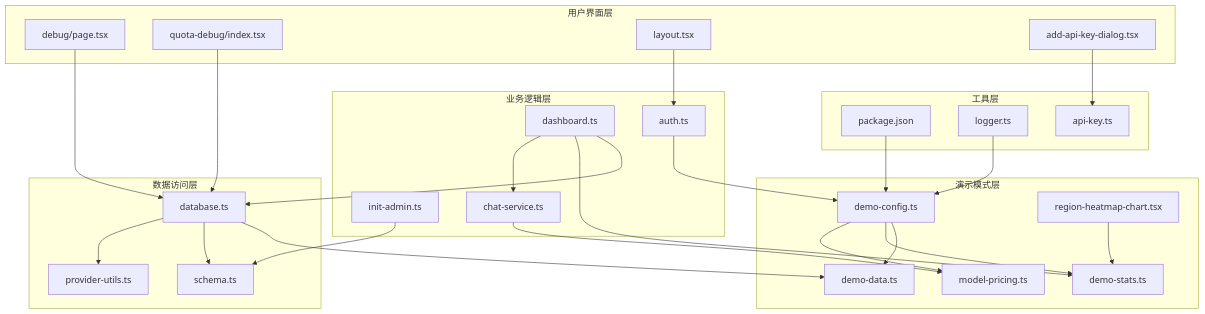
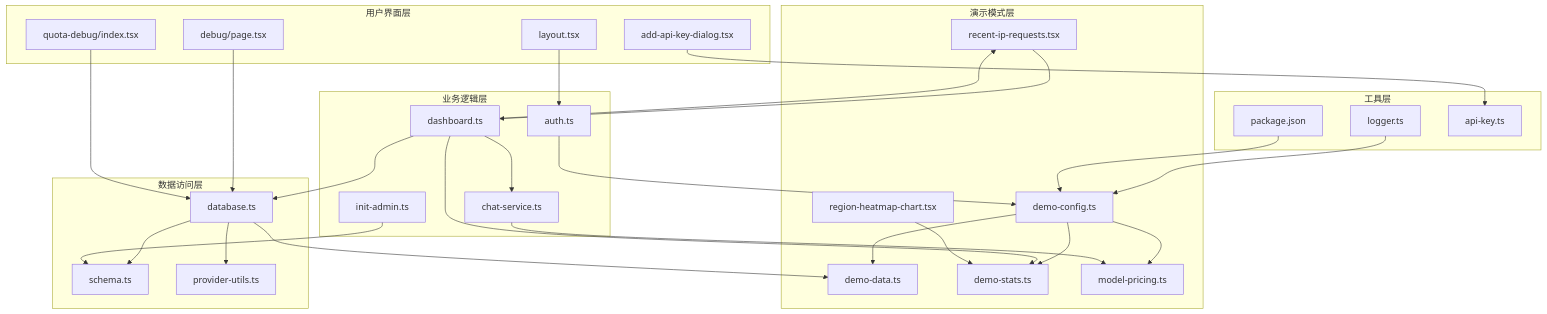
Diagram 12 of 12 in .qoder/repowiki/zh/content/核心功能/演示模式系统.md (RadiumAg/AIGate), drawn with Mermaid before and after one commit. The commit also changed other lines of this file and 8 other files, not shown here.

````diff
--- a/.qoder/repowiki/zh/content/核心功能/演示模式系统.md
+++ b/.qoder/repowiki/zh/content/核心功能/演示模式系统.md
@@ -647,51 +708,54 @@
 ```mermaid
 graph TB
 subgraph "演示模式层"
 DC[demo-config.ts]
 DD[demo-data.ts]
 DS[demo-stats.ts]
 RHC[region-heatmap-chart.tsx]
 MP[model-pricing.ts]
+RIR[recent-ip-requests.tsx]
 end
 subgraph "数据访问层"
 DB[database.ts]
 SC[schema.ts]
 PU[provider-utils.ts]
 end
 subgraph "业务逻辑层"
 DR[dashboard.ts]
 AU[auth.ts]
 IL[init-admin.ts]
 CS[chat-service.ts]
 end
 subgraph "用户界面层"
 DP[debug/page.tsx]
 QD[quota-debug/index.tsx]
 LYT[layout.tsx]
 AKD[add-api-key-dialog.tsx]
 end
 subgraph "工具层"
 PKG[package.json]
 LG[logger.ts]
 TK[api-key.ts]
 end
 DC --> DD
 DC --> DS
 DC --> MP
 DB --> DD
 DB --> SC
 DB --> PU
 DR --> DB
 DR --> DS
 DR --> CS
+DR --> RIR
 AU --> DC
 IL --> SC
 DP --> DB
 QD --> DB
 CS --> MP
 AKD --> TK
 LYT --> AU
 LG --> DC
 RHC --> DS
+RIR --> DR
 PKG --> DC
 ```
````
